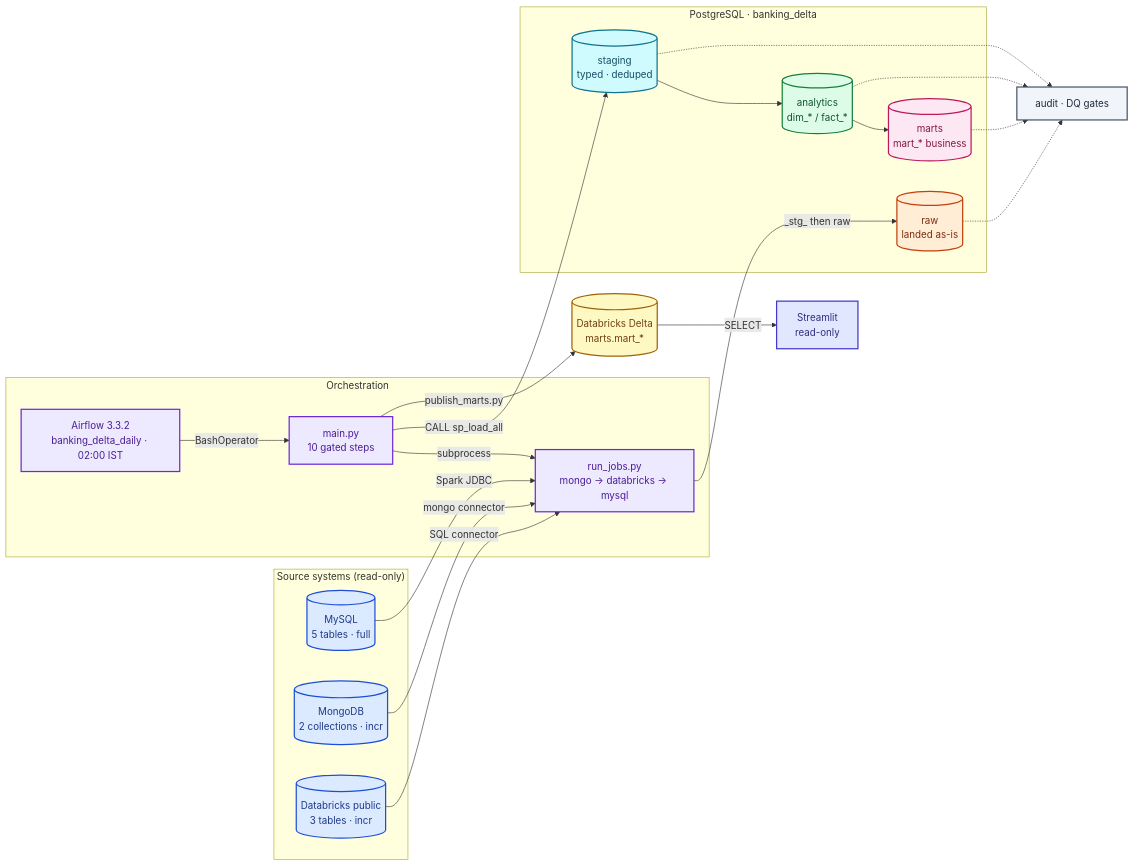
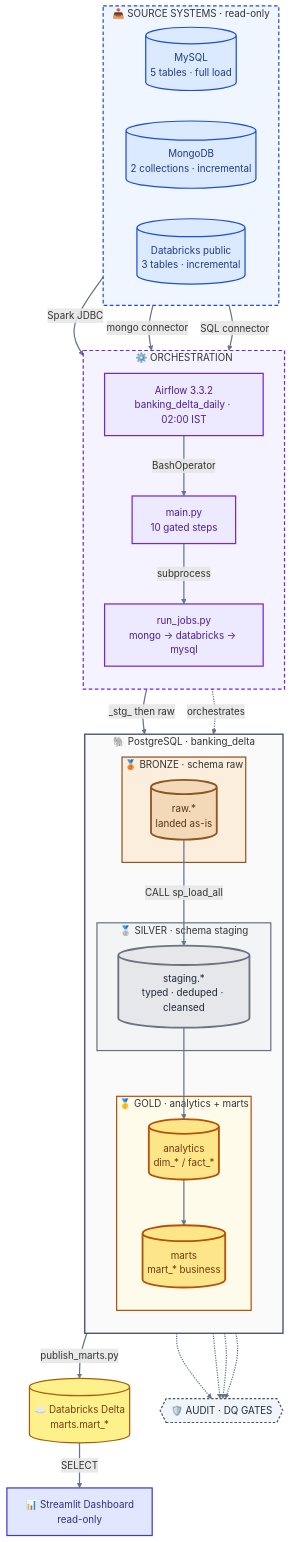
Before and after one commit to Nitinx12/Banking-Delta-Lakehouse: the diagram in README.md, drawn with Mermaid. The commit also changed other lines of this file, not shown here.

Commit message:
docs(readme): refresh project overview

````diff
--- a/README.md
+++ b/README.md
@@ -33,59 +28,91 @@
 ```mermaid
-flowchart LR
-    subgraph SRC["Source systems (read-only)"]
-        MYSQL[("MySQL<br/>5 tables · full")]
-        MONGO[("MongoDB<br/>2 collections · incr")]
-        DBXPUB[("Databricks public<br/>3 tables · incr")]
+flowchart TB
+    %% ───────── SOURCES ─────────
+    subgraph SRC["📥 SOURCE SYSTEMS · read-only"]
+        direction LR
+        MYSQL[("MySQL<br/>5 tables · full load")]
+        MONGO[("MongoDB<br/>2 collections · incremental")]
+        DBXPUB[("Databricks public<br/>3 tables · incremental")]
     end
 
-    subgraph ORCH["Orchestration"]
+    %% ───────── ORCHESTRATION ─────────
+    subgraph ORCH["⚙️ ORCHESTRATION"]
+        direction TB
         AF["Airflow 3.3.2<br/>banking_delta_daily · 02:00 IST"]
         MAIN["main.py<br/>10 gated steps"]
         RJ["run_jobs.py<br/>mongo → databricks → mysql"]
+        AF -->|BashOperator| MAIN
+        MAIN -->|subprocess| RJ
     end
 
-    subgraph PG["PostgreSQL · banking_delta"]
-        RAW[("raw<br/>landed as-is")]
-        STG[("staging<br/>typed · deduped")]
-        ANA[("analytics<br/>dim_* / fact_*")]
-        MRT[("marts<br/>mart_* business")]
+    %% ───────── MEDALLION ─────────
+    subgraph PG["🐘 PostgreSQL · banking_delta"]
+        direction TB
+
+        subgraph BRONZE["🥉 BRONZE · schema raw"]
+            RAW[("raw.*<br/>landed as-is")]
+        end
+
+        subgraph SILVER["🥈 SILVER · schema staging"]
+            STG[("staging.*<br/>typed · deduped · cleansed")]
+        end
+
+        subgraph GOLD["🥇 GOLD · analytics + marts"]
+            ANA[("analytics<br/>dim_* / fact_*")]
+            MRT[("marts<br/>mart_* business")]
+            ANA --> MRT
+        end
+
+        RAW -->|"CALL sp_load_all"| STG
+        STG --> ANA
     end
 
-    DELTA[("Databricks Delta<br/>marts.mart_*")]
-    DASH["Streamlit<br/>read-only"]
-    AUD["audit · DQ gates"]
+    %% ───────── SERVING ─────────
+    DELTA[("☁️ Databricks Delta<br/>marts.mart_*")]
+    DASH["📊 Streamlit Dashboard<br/>read-only"]
 
-    AF -->|BashOperator| MAIN
-    MAIN -->|subprocess| RJ
+    %% ───────── GOVERNANCE ─────────
+    AUD{{"🛡️ AUDIT · DQ GATES"}}
+
+    %% ───────── FLOWS ─────────
     MYSQL -->|Spark JDBC| RJ
     MONGO -->|mongo connector| RJ
     DBXPUB -->|SQL connector| RJ
-    RJ -->|_stg_ then raw| RAW
-    MAIN -->|CALL sp_load_all| STG --> ANA --> MRT
-    MAIN -->|publish_marts.py| DELTA
-    DELTA -->|SELECT| DASH
+    RJ ==>|"_stg_ then raw"| RAW
+    MRT ==>|publish_marts.py| DELTA
+    DELTA ==>|SELECT| DASH
+
+    MAIN -.->|"orchestrates"| STG
     RAW -.-> AUD
     STG -.-> AUD
     ANA -.-> AUD
     MRT -.-> AUD
 
+    %% ───────── STYLES ─────────
     classDef src fill:#dbeafe,stroke:#1d4ed8,color:#1e3a8a,stroke-width:2px
     classDef orch fill:#ede9fe,stroke:#6d28d9,color:#4c1d95,stroke-width:2px
-    classDef raw fill:#ffedd5,stroke:#c2410c,color:#7c2d12,stroke-width:2px
-    classDef staging fill:#cffafe,stroke:#0e7490,color:#164e63,stroke-width:2px
-    classDef analytics fill:#dcfce7,stroke:#15803d,color:#14532d,stroke-width:2px
-    classDef marts fill:#fce7f3,stroke:#be185d,color:#831843,stroke-width:2px
-    classDef delta fill:#fef9c3,stroke:#a16207,color:#713f12,stroke-width:2px
-    classDef audit fill:#f1f5f9,stroke:#475569,color:#1e293b,stroke-width:2px
+    classDef bronze fill:#f4d9b8,stroke:#8c5523,color:#5a3410,stroke-width:3px
+    classDef silver fill:#e5e7eb,stroke:#6b7280,color:#1f2937,stroke-width:3px
+    classDef gold fill:#fde68a,stroke:#b45309,color:#78350f,stroke-width:3px
+    classDef delta fill:#fef08a,stroke:#a16207,color:#713f12,stroke-width:2px
     classDef ui fill:#e0e7ff,stroke:#4338ca,color:#312e81,stroke-width:2px
+    classDef audit fill:#f1f5f9,stroke:#475569,color:#1e293b,stroke-width:2px,stroke-dasharray:4 3
 
     class MYSQL,MONGO,DBXPUB src
     class AF,MAIN,RJ orch
-    class RAW raw
-    class STG staging
-    class ANA analytics
-    class MRT marts
+    class RAW bronze
+    class STG silver
+    class ANA,MRT gold
     class DELTA delta
+    class DASH ui
     class AUD audit
-    class DASH ui
+
+    style SRC fill:#eff6ff,stroke:#1d4ed8,stroke-width:2px,stroke-dasharray:6 4
+    style ORCH fill:#f5f3ff,stroke:#6d28d9,stroke-width:2px,stroke-dasharray:6 4
+    style PG fill:#fafafa,stroke:#334155,stroke-width:2px
+    style BRONZE fill:#fbeedc,stroke:#8c5523,stroke-width:2px
+    style SILVER fill:#f3f4f6,stroke:#6b7280,stroke-width:2px
+    style GOLD fill:#fffbeb,stroke:#b45309,stroke-width:2px
+
+    linkStyle default stroke:#64748b,stroke-width:2px
 ```
````
